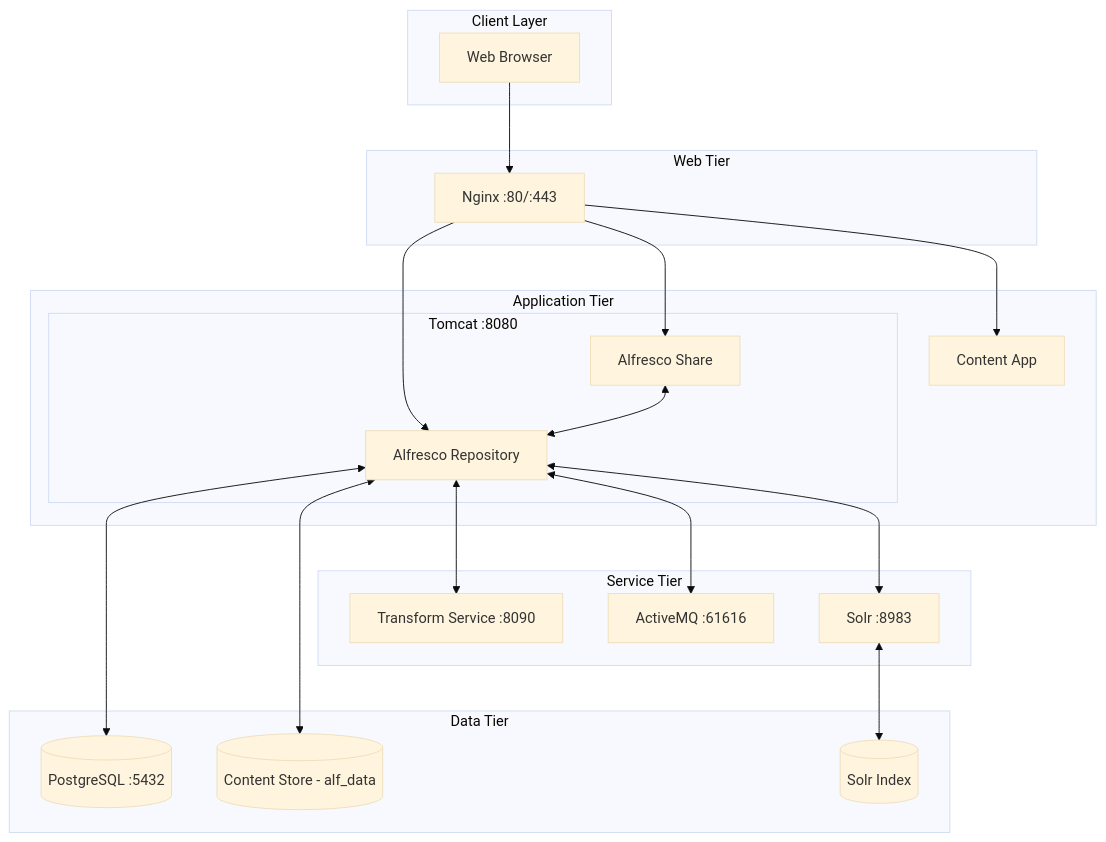
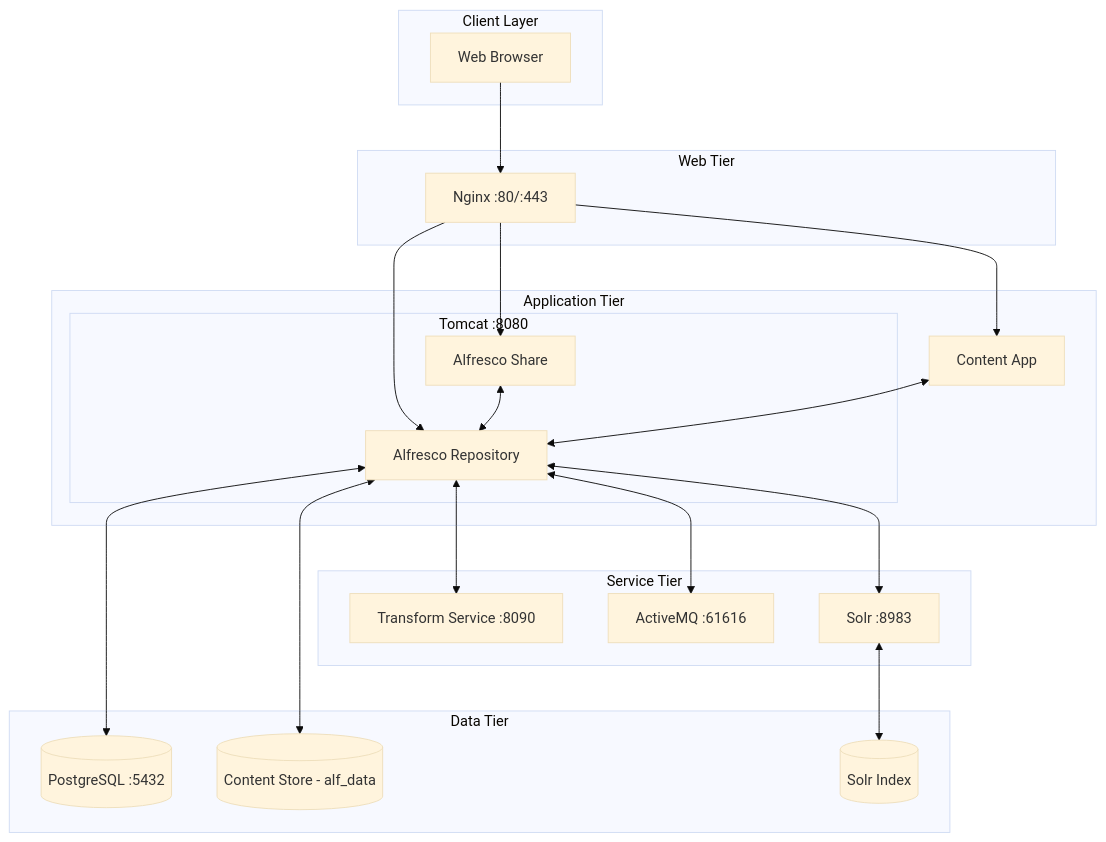
One commit to aborroy/alfresco-ubuntu-installer changed the first of 7 diagrams in README.md. Above: the diagram before and after it, drawn with Mermaid (base theme).

````diff
--- a/README.md
+++ b/README.md
@@ -13,44 +13,45 @@
 ```mermaid
 flowchart TB
     subgraph client["Client Layer"]
         browser["Web Browser"]
     end
 
     subgraph web["Web Tier"]
         nginx["Nginx :80/:443"]
     end
 
     subgraph app["Application Tier"]
         subgraph tomcat["Tomcat :8080"]
             alfresco["Alfresco Repository"]
             share["Alfresco Share"]
         end
         aca["Content App"]
     end
 
     subgraph services["Service Tier"]
         transform["Transform Service :8090"]
         activemq["ActiveMQ :61616"]
         solr["Solr :8983"]
     end
 
     subgraph data["Data Tier"]
         postgres[("PostgreSQL :5432")]
         contentstore[("Content Store - alf_data")]
         solrindex[("Solr Index")]
     end
 
     browser --> nginx
     nginx --> aca
     nginx --> alfresco
     nginx --> share
     
     alfresco <--> postgres
     alfresco <--> contentstore
     alfresco <--> activemq
     alfresco <--> solr
     alfresco <--> transform
     
     solr <--> solrindex
     share <--> alfresco
+    aca <--> alfresco
 ```
````
